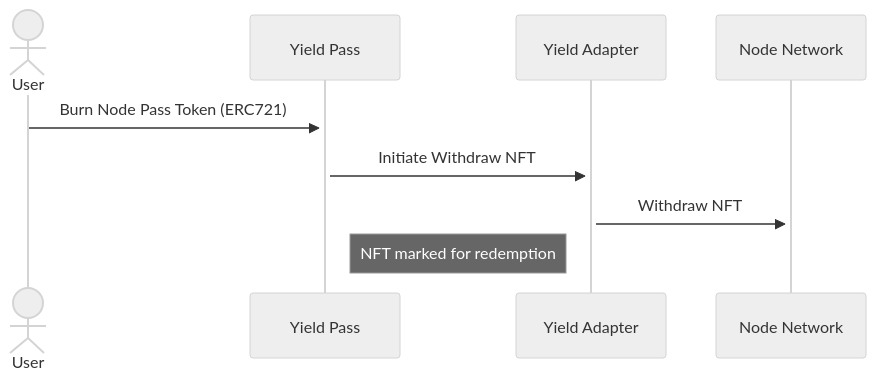
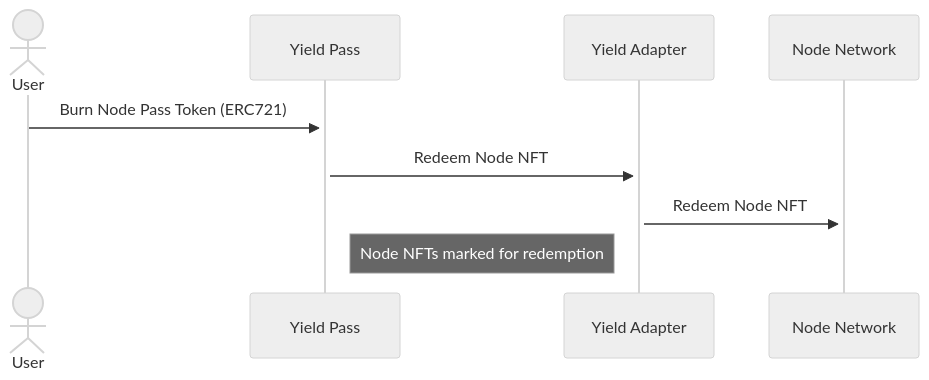
Before and after one commit to metastreet-labs/metastreet-yield-pass: the fourth of 5 diagrams in docs/DESIGN.md, drawn with Mermaid (neutral theme). The commit also changed other lines of this file and 1 other file, not shown here.

````diff
--- a/docs/DESIGN.md
+++ b/docs/DESIGN.md
@@ -125,8 +127,8 @@
 ```mermaid
 sequenceDiagram
     actor User
     User->>+Yield Pass: Burn Node Pass Token (ERC721)
-    Yield Pass->>+Yield Adapter: Initiate Withdraw NFT
-    Yield Adapter->>+Node Network: Withdraw NFT
-    Note right of Yield Pass: NFT marked for redemption
+    Yield Pass->>+Yield Adapter: Redeem Node NFT
+    Yield Adapter->>+Node Network: Redeem Node NFT
+    Note right of Yield Pass: Node NFTs marked for redemption
 ```
````
